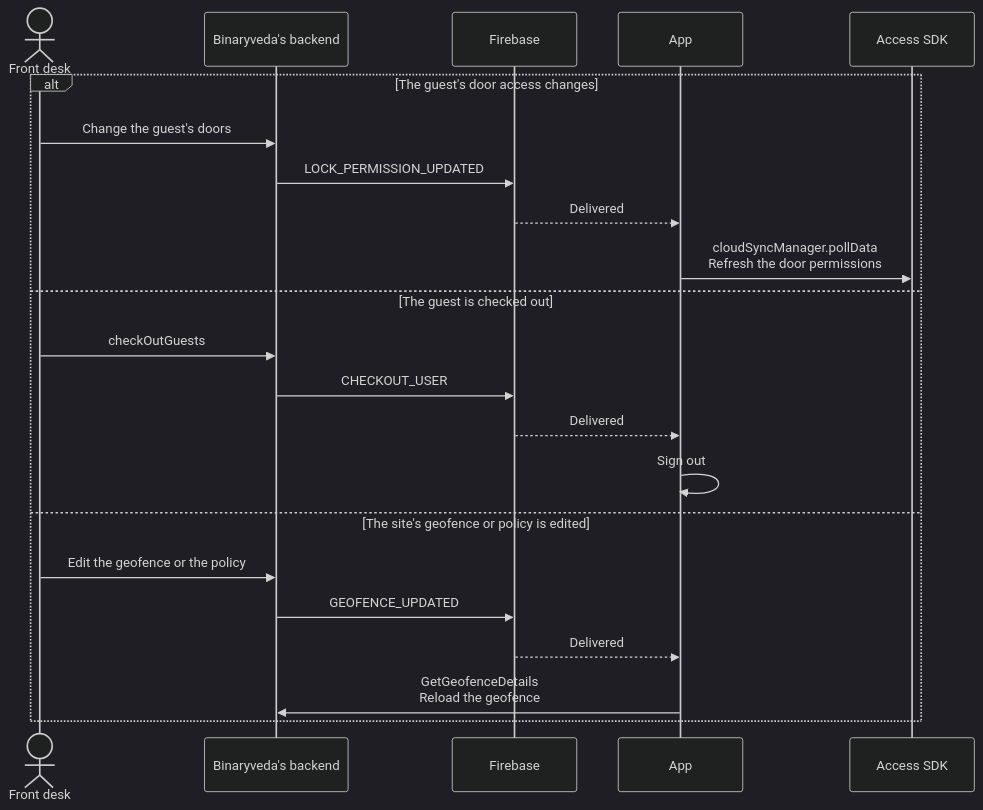
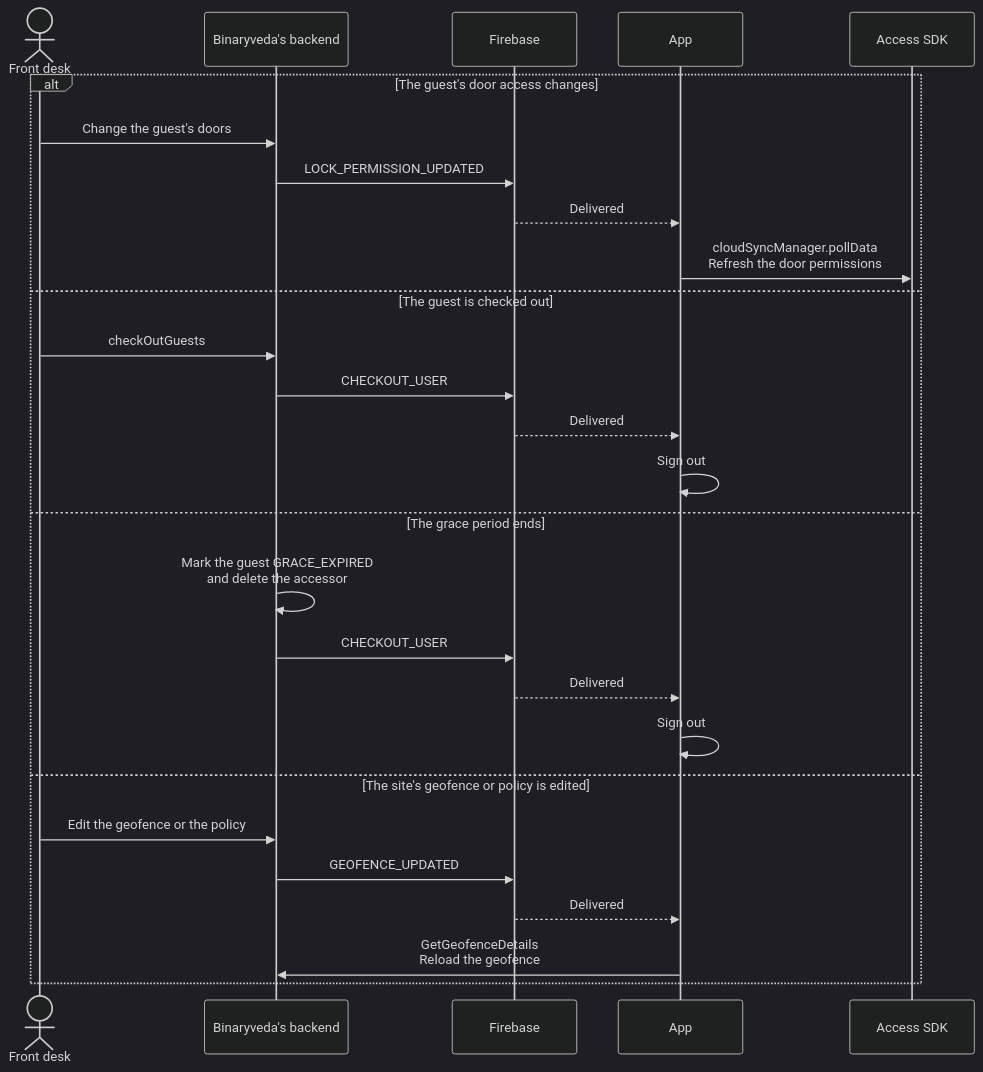
One commit to Yash-Wadatkar-Binaryveda/sdk-docs-site changed the seventh of 7 diagrams in docs/guest/notifications.md. Above: the diagram before and after it, drawn with Mermaid (dark theme). The commit also changed other lines of this file and 10 other files, not shown here.

````diff
--- a/docs/guest/notifications.md
+++ b/docs/guest/notifications.md
@@ -299,25 +303,30 @@
 ```mermaid
 sequenceDiagram
     actor FD as Front desk
     participant B as Binaryveda's backend
     participant F as Firebase
     participant A as App
     participant S as Access SDK
 
     alt The guest's door access changes
         FD->>B: Change the guest's doors
         B->>F: LOCK_PERMISSION_UPDATED
         F-->>A: Delivered
         A->>S: cloudSyncManager.pollData<br/>Refresh the door permissions
     else The guest is checked out
         FD->>B: checkOutGuests
         B->>F: CHECKOUT_USER
         F-->>A: Delivered
         A->>A: Sign out
+    else The grace period ends
+        B->>B: Mark the guest GRACE_EXPIRED<br/>and delete the accessor
+        B->>F: CHECKOUT_USER
+        F-->>A: Delivered
+        A->>A: Sign out
     else The site's geofence or policy is edited
         FD->>B: Edit the geofence or the policy
         B->>F: GEOFENCE_UPDATED
         F-->>A: Delivered
         A->>B: GetGeofenceDetails<br/>Reload the geofence
     end
 ```
````
